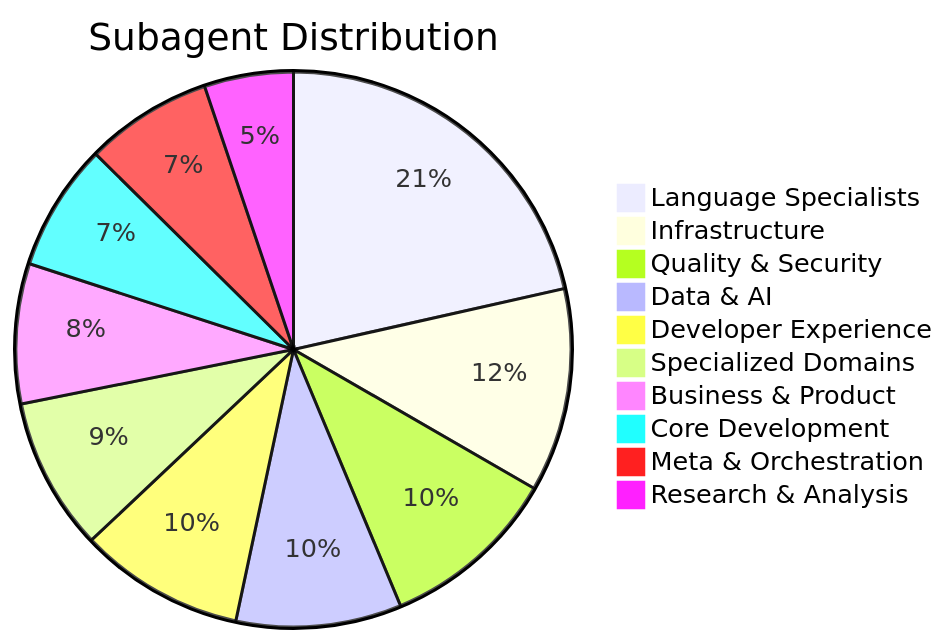
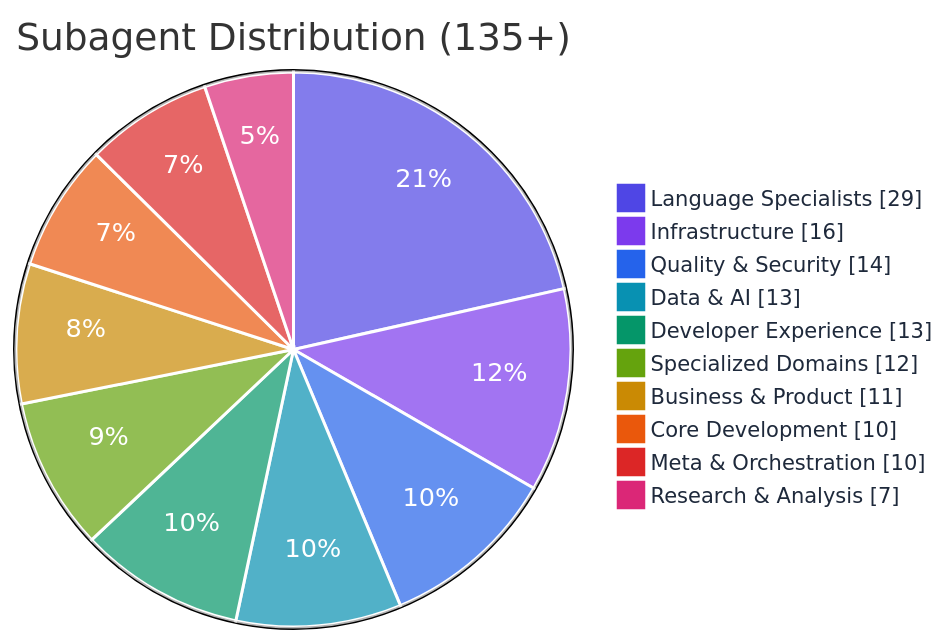
Before and after one commit to surajSFDC/agentic-swe: the second of 4 diagrams in README.md, drawn with Mermaid. The commit also changed other lines of this file, not shown here.

First line of the commit message:
Polish mermaid diagrams with themed palette and clean indentation

````diff
--- a/README.md
+++ b/README.md
@@ -128,13 +151,15 @@
 ```mermaid
-pie title Subagent Distribution
-    "Language Specialists" : 29
-    "Infrastructure" : 16
-    "Quality & Security" : 14
-    "Data & AI" : 13
-    "Developer Experience" : 13
-    "Specialized Domains" : 12
-    "Business & Product" : 11
-    "Core Development" : 10
-    "Meta & Orchestration" : 10
-    "Research & Analysis" : 7
+%%{init: {'theme': 'base', 'themeVariables': { 'primaryColor': '#4f46e5', 'pieStrokeColor': '#ffffff', 'pieStrokeWidth': '2px', 'pieSectionTextColor': '#ffffff', 'pieLegendTextColor': '#1e293b', 'pieLegendTextSize': '14px', 'pie1': '#4f46e5', 'pie2': '#7c3aed', 'pie3': '#2563eb', 'pie4': '#0891b2', 'pie5': '#059669', 'pie6': '#65a30d', 'pie7': '#ca8a04', 'pie8': '#ea580c', 'pie9': '#dc2626', 'pie10': '#db2777' }}}%%
+
+pie showData title Subagent Distribution (135+)
+    "Language Specialists"  : 29
+    "Infrastructure"        : 16
+    "Quality & Security"    : 14
+    "Data & AI"             : 13
+    "Developer Experience"  : 13
+    "Specialized Domains"   : 12
+    "Business & Product"    : 11
+    "Core Development"      : 10
+    "Meta & Orchestration"  : 10
+    "Research & Analysis"   : 7
 ```
````
